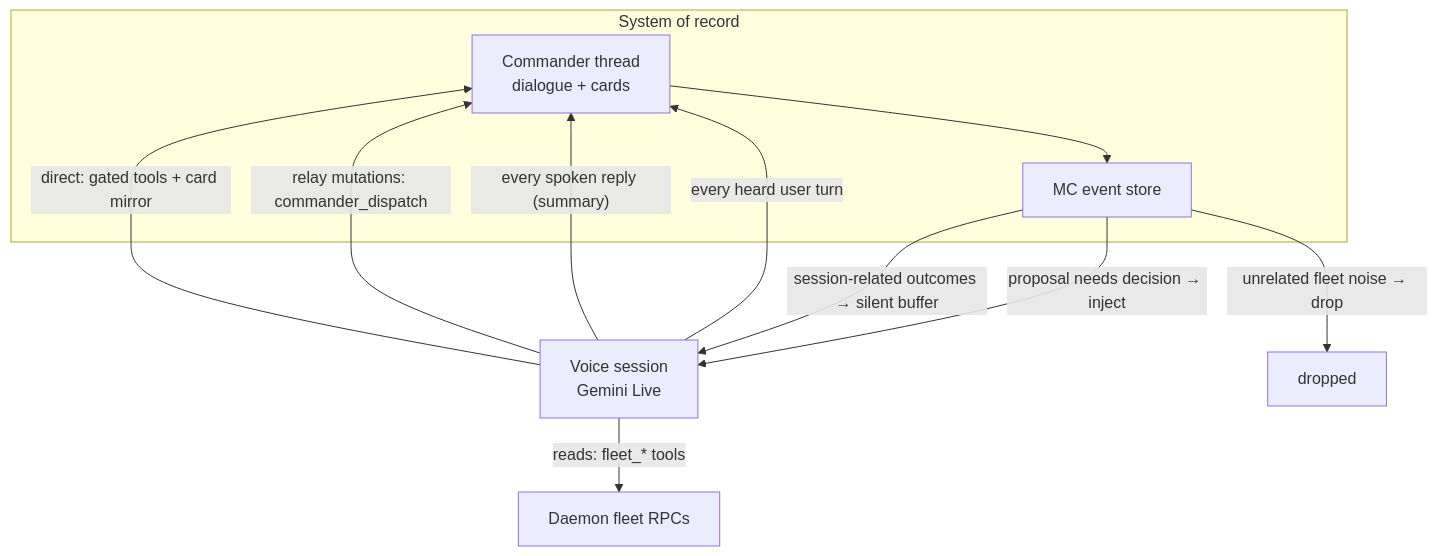
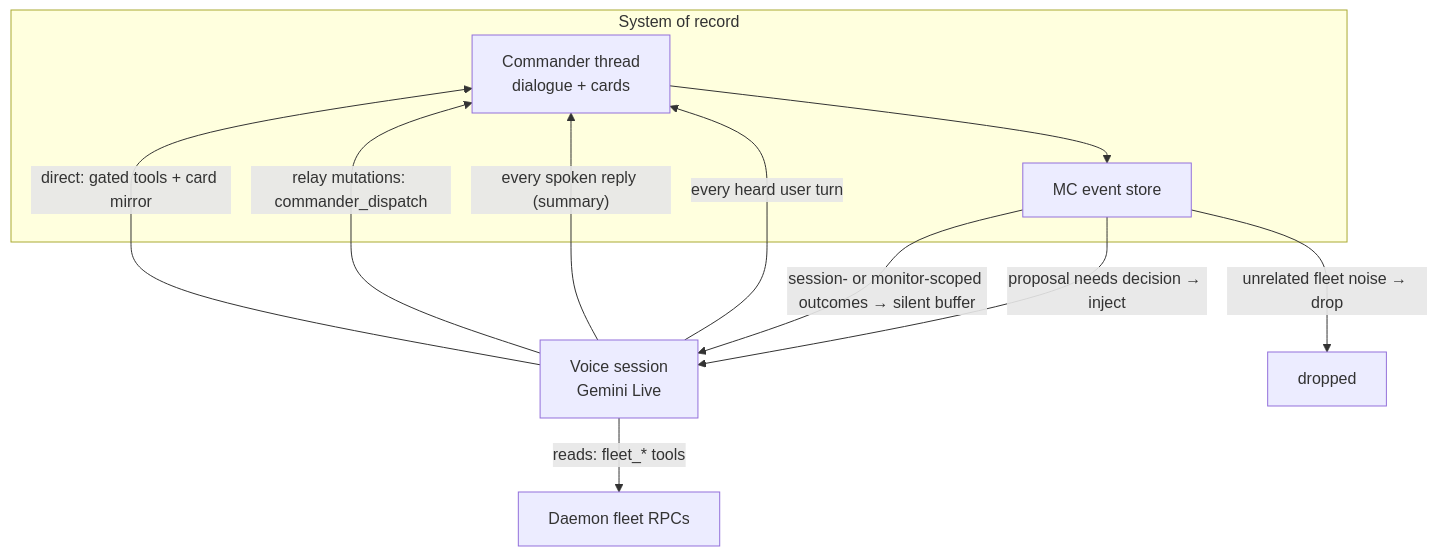
The second of 2 diagrams in docs/commander-voice.md (iammvaibhav/paseo), drawn with Mermaid before and after one commit. The commit also changed other lines of this file and 133 other files, not shown here.

````diff
--- a/docs/commander-voice.md
+++ b/docs/commander-voice.md
@@ -184,17 +195,17 @@
 ```mermaid
 flowchart TB
     subgraph truth [System of record]
         CmdThread["Commander thread<br/>dialogue + cards"]
         Events["MC event store"]
     end
     Voice["Voice session<br/>Gemini Live"]
     Voice -->|"every heard user turn"| CmdThread
     Voice -->|"every spoken reply (summary)"| CmdThread
     Voice -->|"relay mutations: commander_dispatch"| CmdThread
     Voice -->|"reads: fleet_* tools"| DaemonTools["Daemon fleet RPCs"]
     Voice -->|"direct: gated tools + card mirror"| CmdThread
     CmdThread --> Events
     Events -->|"proposal needs decision → inject"| Voice
-    Events -->|"session-related outcomes → silent buffer"| Voice
+    Events -->|"session- or monitor-scoped outcomes → silent buffer"| Voice
     Events -->|"unrelated fleet noise → drop"| Drop["dropped"]
 ```
````
